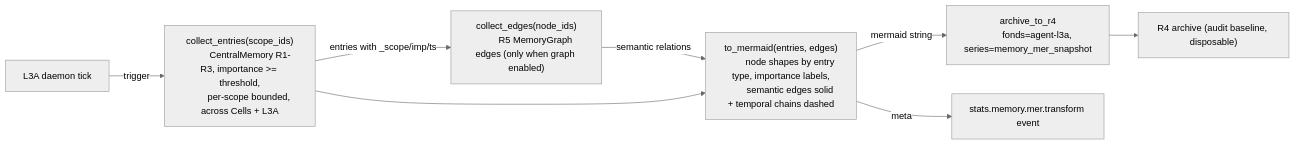
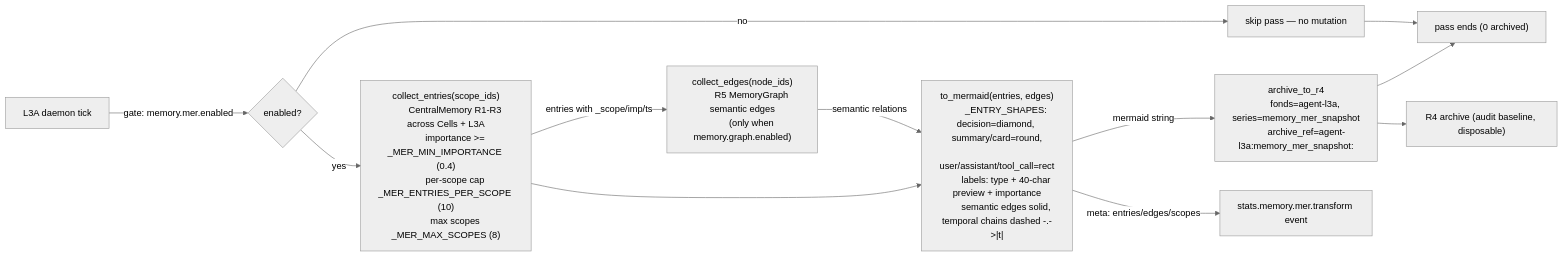
One commit to guilingzhouyi-creator/Praxis-Agent-OS changed the first of 2 diagrams in docs/architecture/l3-memory.md. Above: the diagram before and after it, drawn with Mermaid (neutral theme). The commit also changed other lines of this file and 11 other files, not shown here.

First line of the commit message:
docs(governance): harden parallel-collaboration gates + sync architecture docs

````diff
--- a/docs/architecture/l3-memory.md
+++ b/docs/architecture/l3-memory.md
@@ -38,16 +38,26 @@
 ```mermaid
 flowchart LR
-    TICK["L3A daemon tick"] -->|trigger| COLLECT["collect_entries(scope_ids)
-        CentralMemory R1-R3, importance >= threshold,
-        per-scope bounded, across Cells + L3A"]
-    COLLECT -->|entries with _scope/imp/ts| EDGES["collect_edges(node_ids)
-        R5 MemoryGraph edges (only when graph enabled)"]
+    TICK["L3A daemon tick"] -->|gate: memory.mer.enabled| GATE{"enabled?"}
+    GATE -->|no| SKIP["skip pass — no mutation"]
+    GATE -->|yes| COLLECT["collect_entries(scope_ids)
+        CentralMemory R1-R3 across Cells + L3A
+        importance >= _MER_MIN_IMPORTANCE (0.4)
+        per-scope cap _MER_ENTRIES_PER_SCOPE (10)
+        max scopes _MER_MAX_SCOPES (8)"]
+    COLLECT -->|"entries with _scope/imp/ts"| EDGES["collect_edges(node_ids)
+        R5 MemoryGraph semantic edges
+        (only when memory.graph.enabled)"]
     EDGES -->|semantic relations| SYM["to_mermaid(entries, edges)
-        node shapes by entry type, importance labels,
-        semantic edges solid + temporal chains dashed"]
+        _ENTRY_SHAPES: decision=diamond, summary/card=round,
+        user/assistant/tool_call=rect
+        labels: type + 40-char preview + importance
+        semantic edges solid, temporal chains dashed -.->|t|"]
     COLLECT --> SYM
     SYM -->|mermaid string| ARCHIVE["archive_to_r4
-        fonds=agent-l3a, series=memory_mer_snapshot"]
-    SYM -->|meta| EVENT["stats.memory.mer.transform event"]
+        fonds=agent-l3a, series=memory_mer_snapshot
+        archive_ref=agent-l3a:memory_mer_snapshot:<ts>"]
+    SYM -->|meta: entries/edges/scopes| EVENT["stats.memory.mer.transform event"]
     ARCHIVE --> R4["R4 archive (audit baseline, disposable)"]
+    SKIP --> DONE["pass ends (0 archived)"]
+    ARCHIVE --> DONE
 ```
````
